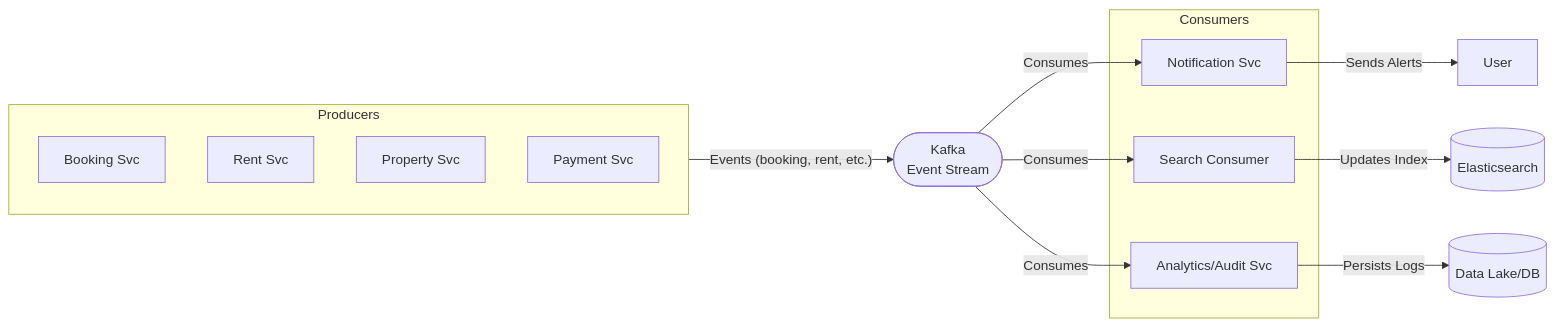
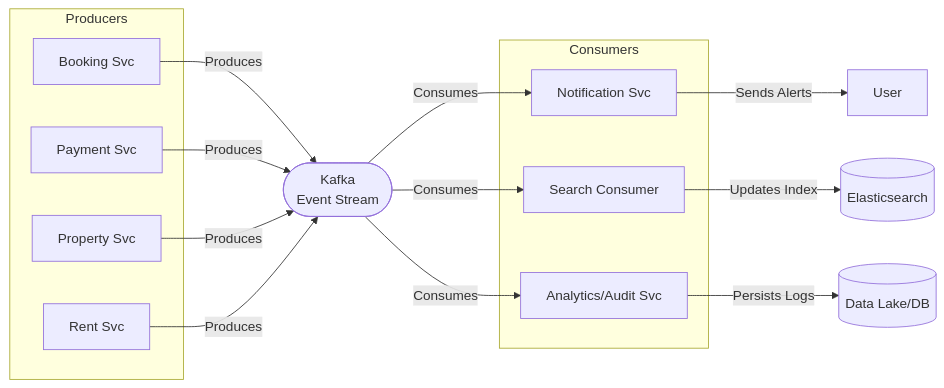
The third of 3 diagrams in README.md (AdilAbubacker/rentezy_backend), drawn with Mermaid before and after one commit.

````diff
--- a/README.md
+++ b/README.md
@@ -411,27 +411,30 @@
 ```mermaid
 graph LR
     subgraph Producers
         BookingService[Booking Svc]
         RentService[Rent Svc]
         PropertyService[Property Svc]
         PaymentService[Payment Svc]
     end
 
     Kafka([Kafka<br>Event Stream])
 
     subgraph Consumers
         NotificationService[Notification Svc]
         SearchConsumer[Search Consumer]
         AnalyticsAudit[Analytics/Audit Svc]
     end
 
-    Producers -- "Events (booking, rent, etc.)" --> Kafka
+    BookingService -- "Produces" --> Kafka
+    PaymentService -- "Produces" --> Kafka
+    PropertyService -- "Produces" --> Kafka
+    RentService -- "Produces" --> Kafka
 
     Kafka -- "Consumes" --> NotificationService
     Kafka -- "Consumes" --> SearchConsumer
     Kafka -- "Consumes" --> AnalyticsAudit
 
     NotificationService -- "Sends Alerts" --> User[User]
     SearchConsumer -- "Updates Index" --> Elasticsearch[(Elasticsearch)]
     AnalyticsAudit -- "Persists Logs" --> DataLake[(Data Lake/DB)]
 ```
````
